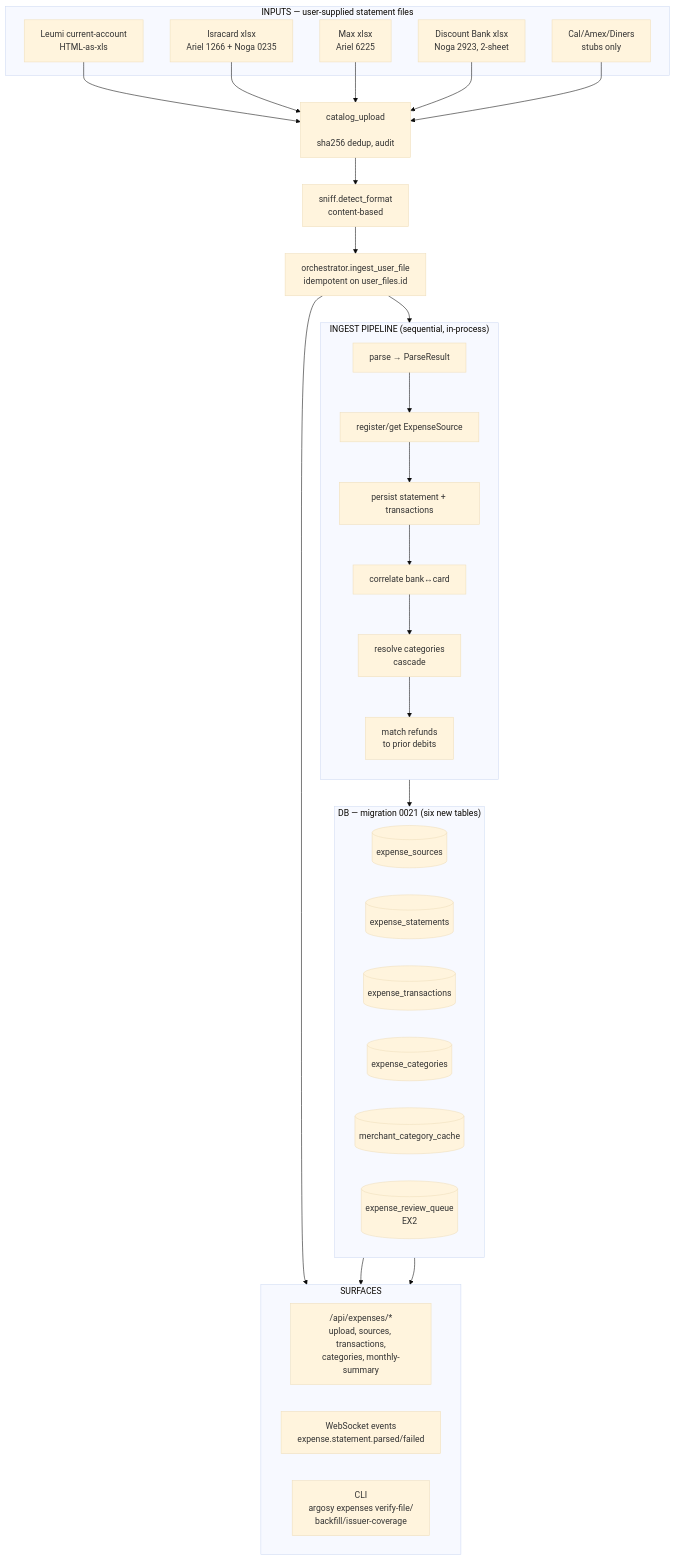
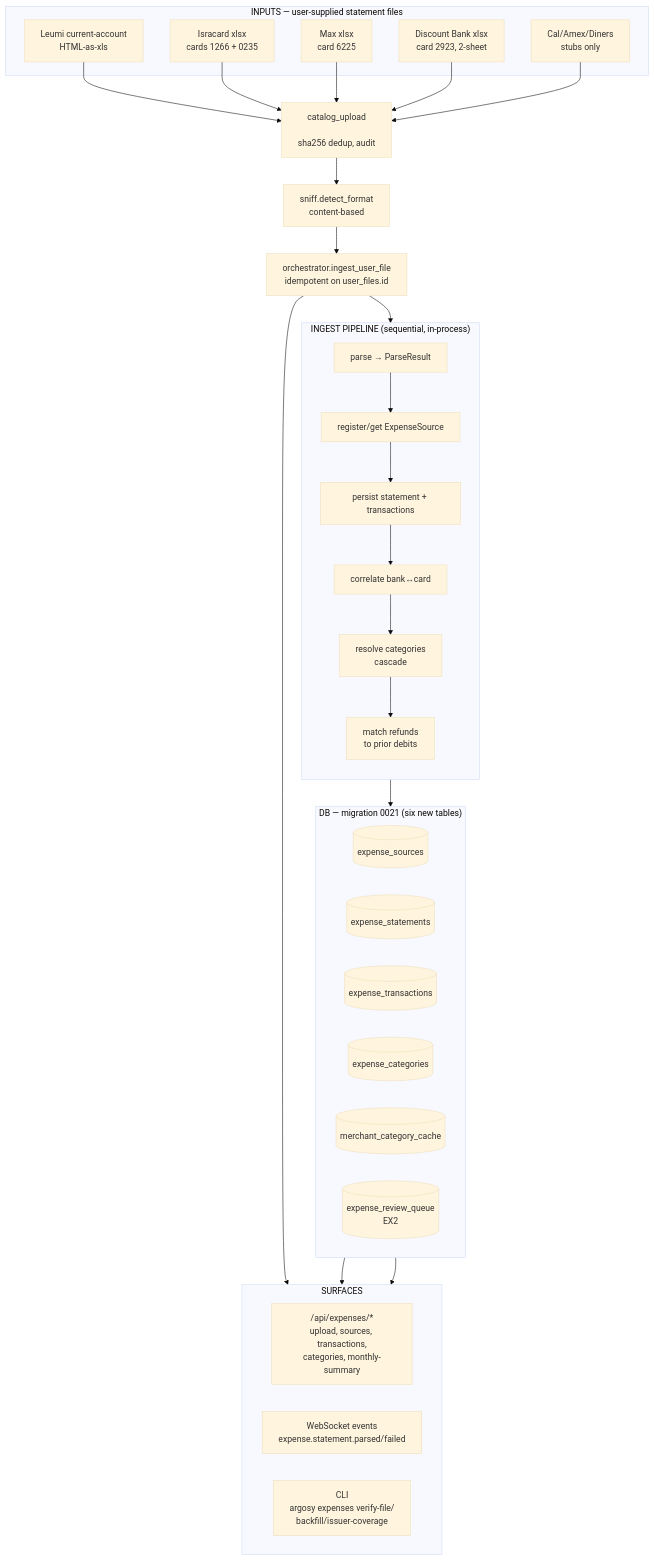
The tenth of 16 diagrams in docs/design/SDD.md (tanffn/argosy), drawn with Mermaid (base theme) before and after one commit. The commit also changed other lines of this file, not shown here.

````diff
--- a/docs/design/SDD.md
+++ b/docs/design/SDD.md
@@ -3269,54 +3294,54 @@
 ```mermaid
 flowchart TB
  subgraph Inputs["INPUTS — user-supplied statement files"]
  F1[Leumi current-account<br/>HTML-as-xls]
- F2[Isracard xlsx<br/>Ariel 1266 + Noga 0235]
- F3[Max xlsx<br/>Ariel 6225]
- F4[Discount Bank xlsx<br/>Noga 2923, 2-sheet]
+ F2[Isracard xlsx<br/>cards 1266 + 0235]
+ F3[Max xlsx<br/>card 6225]
+ F4[Discount Bank xlsx<br/>card 2923, 2-sheet]
  F5[Cal/Amex/Diners<br/>stubs only]
  end
 
  CAT["catalog_upload<br/><br/>sha256 dedup, audit"]
  SNIFF["sniff.detect_format<br/>content-based"]
  ORCH["orchestrator.ingest_user_file<br/>idempotent on user_files.id"]
 
  F1 --> CAT
  F2 --> CAT
  F3 --> CAT
  F4 --> CAT
  F5 --> CAT
  CAT --> SNIFF
  SNIFF --> ORCH
 
  subgraph Pipeline["INGEST PIPELINE (sequential, in-process)"]
  direction TB
  P1[parse → ParseResult]
  P2[register/get ExpenseSource]
  P3[persist statement + transactions]
  P4[correlate bank↔card]
  P5[resolve categories<br/>cascade]
  P6[match refunds<br/>to prior debits]
  P1 --> P2 --> P3 --> P4 --> P5 --> P6
  end
  ORCH --> Pipeline
 
  subgraph DB["DB — migration 0021 (six new tables)"]
  T1[(expense_sources)]
  T2[(expense_statements)]
  T3[(expense_transactions)]
  T4[(expense_categories)]
  T5[(merchant_category_cache)]
  T6[(expense_review_queue<br/>EX2)]
  end
  Pipeline --> DB
 
  subgraph Surfaces["SURFACES"]
  direction LR
  R["/api/expenses/*<br/>upload, sources, transactions,<br/>categories, monthly-summary"]
  W[WebSocket events<br/>expense.statement.parsed/failed]
  C[CLI<br/>argosy expenses verify-file/<br/>backfill/issuer-coverage]
  end
  DB --> R
  DB --> C
  ORCH --> W
 ```
````
